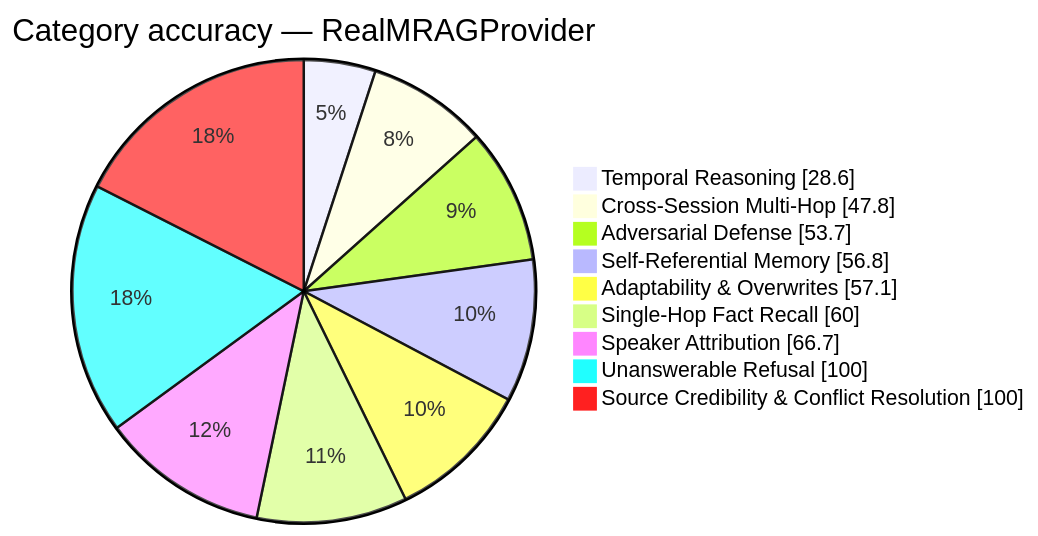
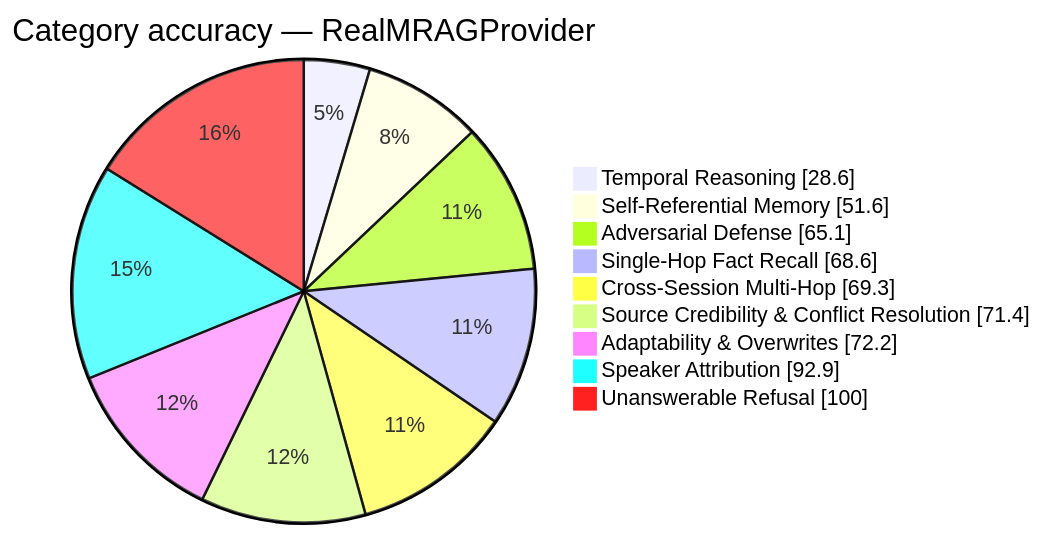
One commit to munch2u-a11y/FP-AMB changed the diagram in results/real_mrag_provider_scorecard.md. Above: the diagram before and after it, drawn with Mermaid. The commit also changed other lines of this file and 13 other files, not shown here.

````diff
--- a/results/real_mrag_provider_scorecard.md
+++ b/results/real_mrag_provider_scorecard.md
@@ -26,13 +26,13 @@
 ```mermaid
 pie showData
     title Category accuracy — RealMRAGProvider
     "Temporal Reasoning" : 28.6
-    "Cross-Session Multi-Hop" : 47.8
-    "Adversarial Defense" : 53.7
-    "Self-Referential Memory" : 56.8
-    "Adaptability & Overwrites" : 57.1
-    "Single-Hop Fact Recall" : 60.0
-    "Speaker Attribution" : 66.7
+    "Self-Referential Memory" : 51.6
+    "Adversarial Defense" : 65.1
+    "Single-Hop Fact Recall" : 68.6
+    "Cross-Session Multi-Hop" : 69.3
+    "Source Credibility & Conflict Resolution" : 71.4
+    "Adaptability & Overwrites" : 72.2
+    "Speaker Attribution" : 92.9
     "Unanswerable Refusal" : 100.0
-    "Source Credibility & Conflict Resolution" : 100.0
 ```
````
